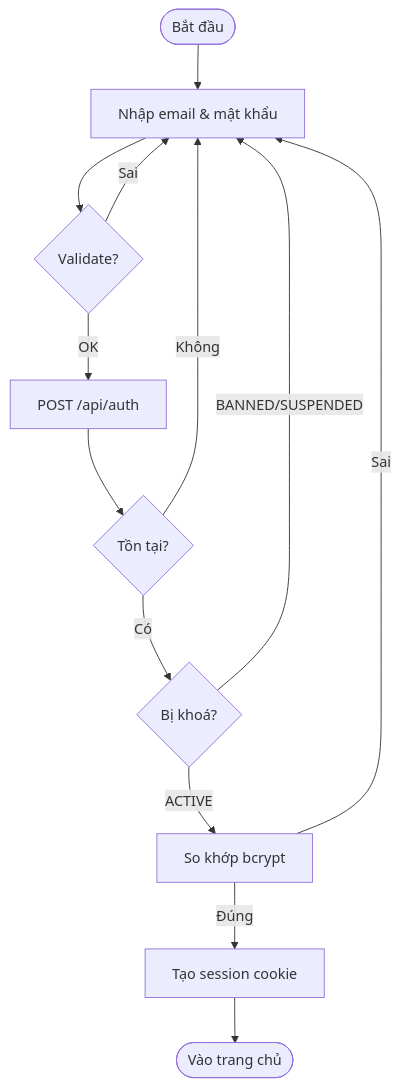
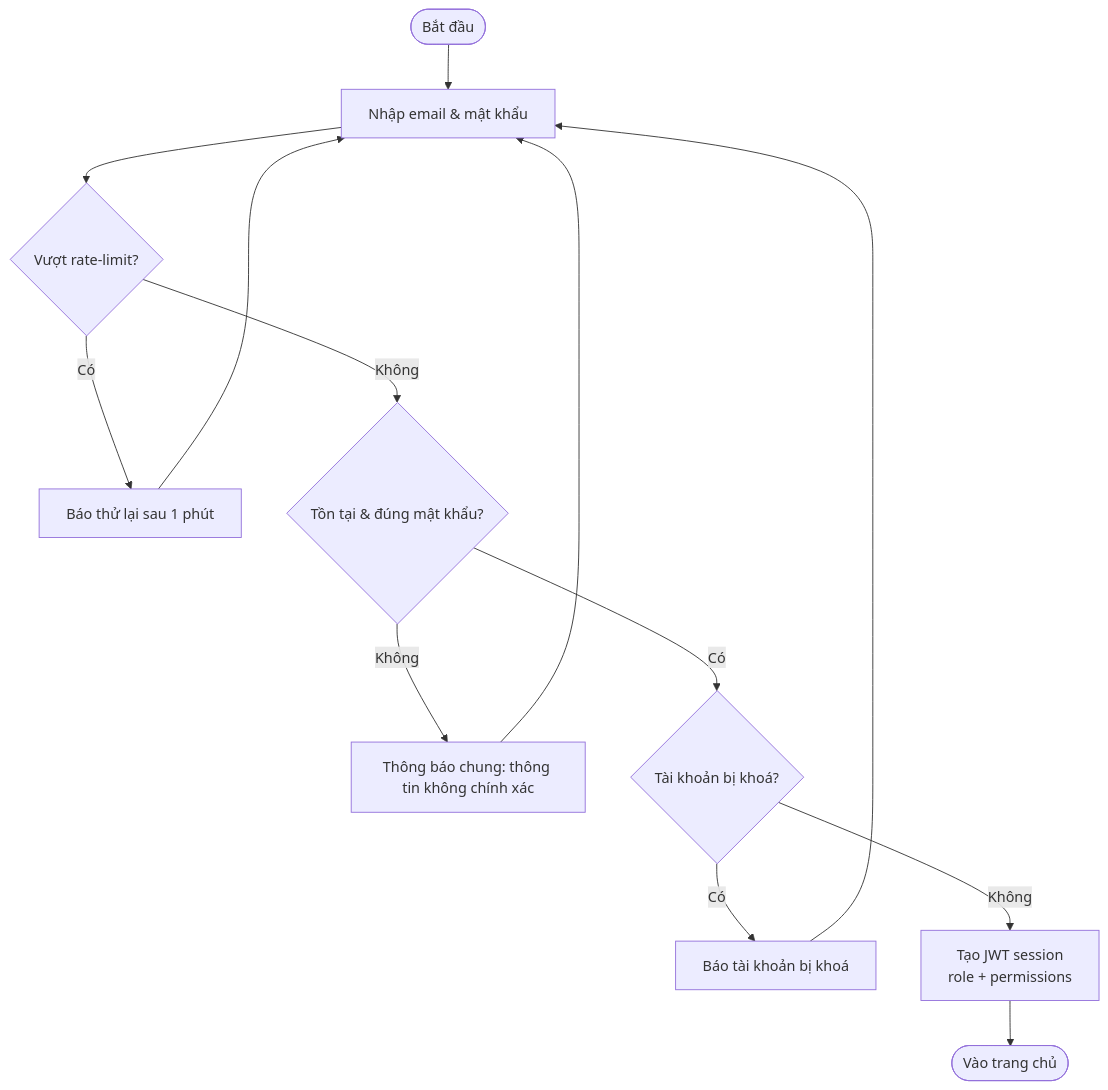
The seventh of 10 diagrams in README.md (Terence-0310/TERENCE), drawn with Mermaid before and after one commit. The commit also changed other lines of this file and 191 other files, not shown here.

````diff
--- a/README.md
+++ b/README.md
@@ -739,14 +727,11 @@
 ```mermaid
 flowchart TD
     A([Bắt đầu]) --> B[Nhập email & mật khẩu]
-    B --> C{Validate?}
-    C -->|Sai| B
-    C -->|OK| D[POST /api/auth]
-    D --> E{Tồn tại?}
-    E -->|Không| B
-    E -->|Có| F{Bị khoá?}
-    F -->|BANNED/SUSPENDED| B
-    F -->|ACTIVE| G[So khớp bcrypt]
-    G -->|Sai| B
-    G -->|Đúng| H[Tạo session cookie] --> I([Vào trang chủ])
+    B --> C{Vượt rate-limit?}
+    C -->|Có| R[Báo thử lại sau 1 phút] --> B
+    C -->|Không| D{Tồn tại & đúng mật khẩu?}
+    D -->|Không| E[Thông báo chung: thông tin không chính xác] --> B
+    D -->|Có| F{Tài khoản bị khoá?}
+    F -->|Có| G[Báo tài khoản bị khoá] --> B
+    F -->|Không| H[Tạo JWT session<br/>role + permissions] --> I([Vào trang chủ])
 ```
````
